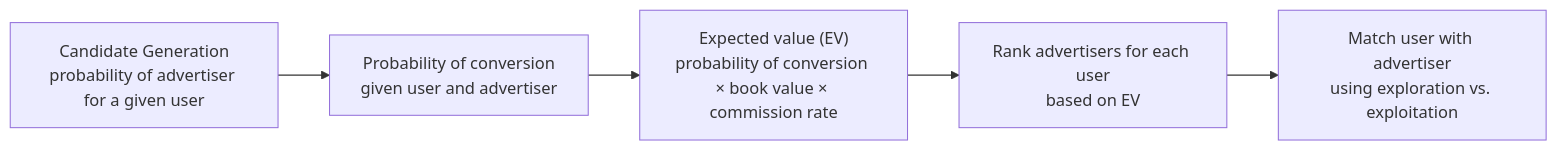
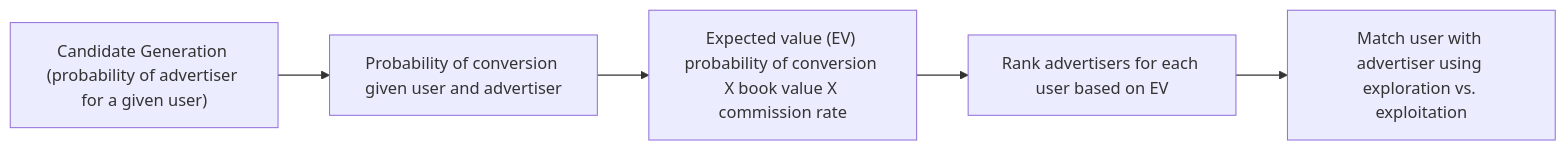
Before and after one commit to drfaizyahsan/expected-value-router-adtech: the diagram in README.md, drawn with Mermaid.

Commit message:
readme added

````diff
--- a/README.md
+++ b/README.md
@@ -6,8 +6,8 @@
 ```mermaid
 flowchart LR
-    A["Candidate Generation<br/>probability of advertiser for a given user"] -->
-    B["Probability of conversion<br/>given user and advertiser"]
-    B --> C["Expected value (EV)<br/>probability of conversion × book value × commission rate"]
-    C --> D["Rank advertisers for each user<br/>based on EV"]
-    D --> E["Match user with advertiser<br/>using exploration vs. exploitation"]
+    A["Candidate Generation (probability of advertiser for a given user)"] -->
+    B["Probability of conversion given user and advertiser"]
+    B --> C["Expected value (EV) probability of conversion X book value X commission rate"]
+    C --> D["Rank advertisers for each user based on EV"]
+    D --> E["Match user with advertiser using exploration vs. exploitation"]
 ```
````
